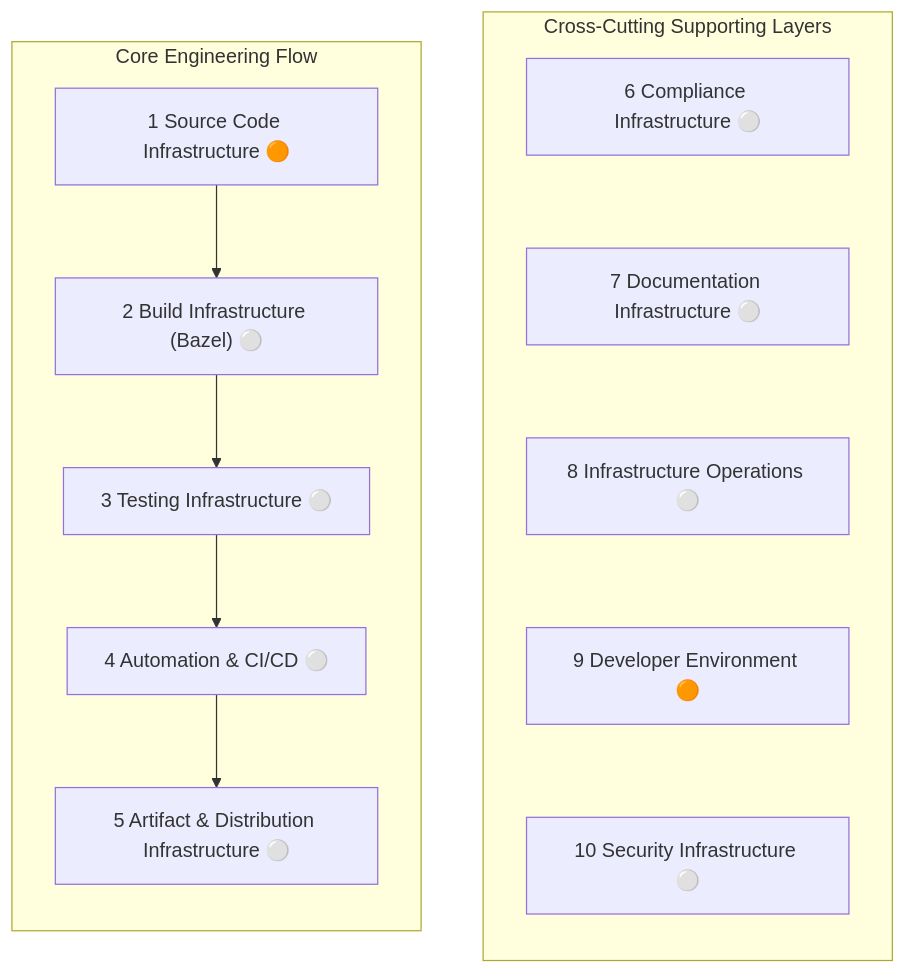
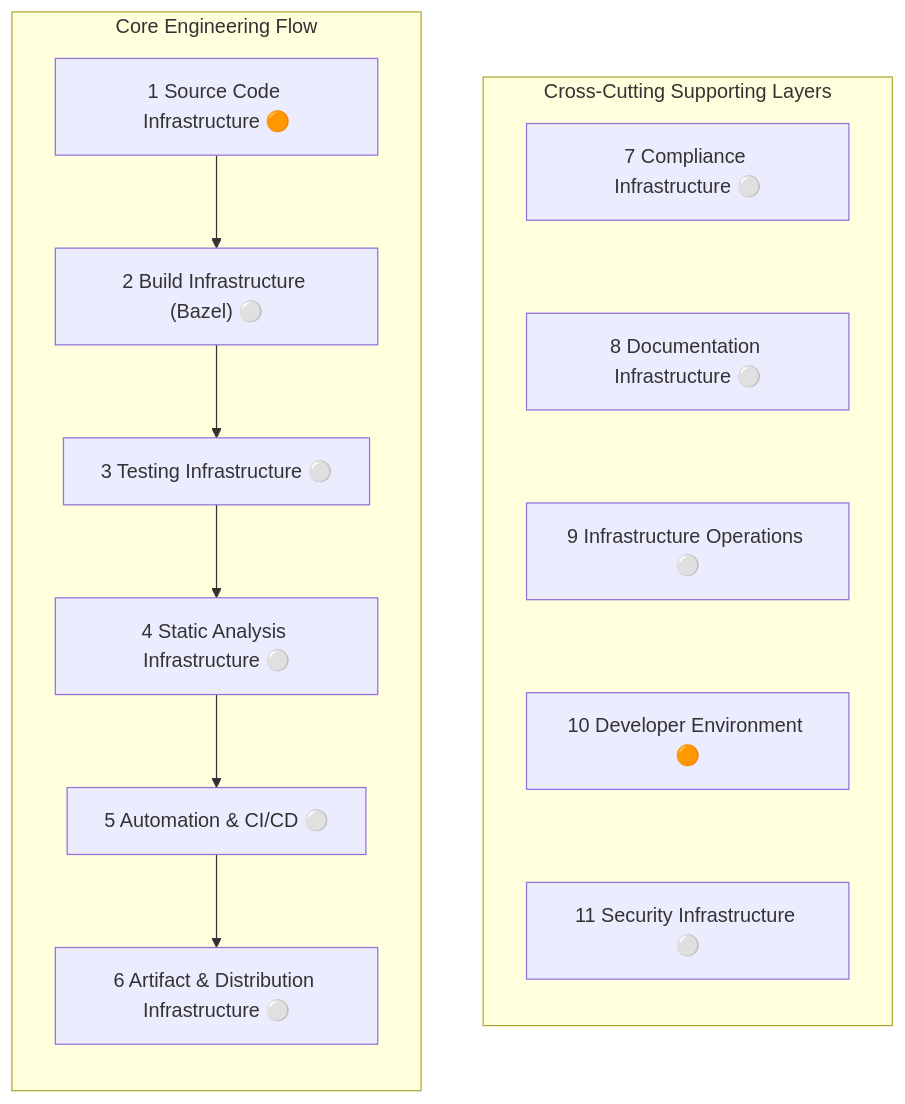
Before and after one commit to eclipse-score/infrastructure: the diagram in docs/index.md, drawn with Mermaid. The commit also changed other lines of this file and 10 other files, not shown here.

````diff
--- a/docs/index.md
+++ b/docs/index.md
@@ -86,44 +82,46 @@
 ```mermaid
 flowchart LR
 
 subgraph FLOW["Core Engineering Flow"]
     C1["1 Source Code Infrastructure 🟠"]
     C2["2 Build Infrastructure (Bazel) ⚪"]
     C3["3 Testing Infrastructure ⚪"]
-    C4["4 Automation & CI/CD ⚪"]
-    C5["5 Artifact & Distribution Infrastructure ⚪"]
+    C4["4 Static Analysis Infrastructure ⚪"]
+    C5["5 Automation & CI/CD ⚪"]
+    C6["6 Artifact & Distribution Infrastructure ⚪"]
 
-    C1 --> C2 --> C3 --> C4 --> C5
+    C1 --> C2 --> C3 --> C4 --> C5 --> C6
 end
 
 subgraph SUPPORT["Cross-Cutting Supporting Layers"]
-    C6["6 Compliance Infrastructure ⚪"]
-    C7["7 Documentation Infrastructure ⚪"]
-    C8["8 Infrastructure Operations ⚪"]
-    C9["9 Developer Environment 🟠"]
-    C10["10 Security Infrastructure ⚪"]
+    C7["7 Compliance Infrastructure ⚪"]
+    C8["8 Documentation Infrastructure ⚪"]
+    C9["9 Infrastructure Operations ⚪"]
+    C10["10 Developer Environment 🟠"]
+    C11["11 Security Infrastructure ⚪"]
 end
 
 %% Hidden edges to force layout:
 FLOW --- SUPPORT
-C6 --- C7
 C7 --- C8
 C8 --- C9
 C9 --- C10
-linkStyle 4 stroke-width:0px
+C10 --- C11
 linkStyle 5 stroke-width:0px
 linkStyle 6 stroke-width:0px
 linkStyle 7 stroke-width:0px
 linkStyle 8 stroke-width:0px
+linkStyle 9 stroke-width:0px
 
 click C1 href "chapters/01-source-code-infrastructure/" "Open chapter 1"
 click C2 href "chapters/02-build-infrastructure/" "Open chapter 2"
 click C3 href "chapters/03-testing-infrastructure/" "Open chapter 3"
-click C4 href "chapters/04-automation-integration/" "Open chapter 4"
-click C5 href "chapters/05-artifact-distribution/" "Open chapter 5"
-click C6 href "chapters/06-compliance-infrastructure/" "Open chapter 6"
-click C7 href "chapters/07-documentation-infrastructure/" "Open chapter 7"
-click C8 href "chapters/08-infrastructure-operations/" "Open chapter 8"
-click C9 href "chapters/09-developer-environment/" "Open chapter 9"
-click C10 href "chapters/10-security-infrastructure/" "Open chapter 10"
+click C4 href "chapters/04-static-analysis-infrastructure/" "Open chapter 4"
+click C5 href "chapters/04-automation-integration/" "Open chapter 5"
+click C6 href "chapters/05-artifact-distribution/" "Open chapter 6"
+click C7 href "chapters/06-compliance-infrastructure/" "Open chapter 7"
+click C8 href "chapters/07-documentation-infrastructure/" "Open chapter 8"
+click C9 href "chapters/08-infrastructure-operations/" "Open chapter 9"
+click C10 href "chapters/09-developer-environment/" "Open chapter 10"
+click C11 href "chapters/10-security-infrastructure/" "Open chapter 11"
 ```
````
